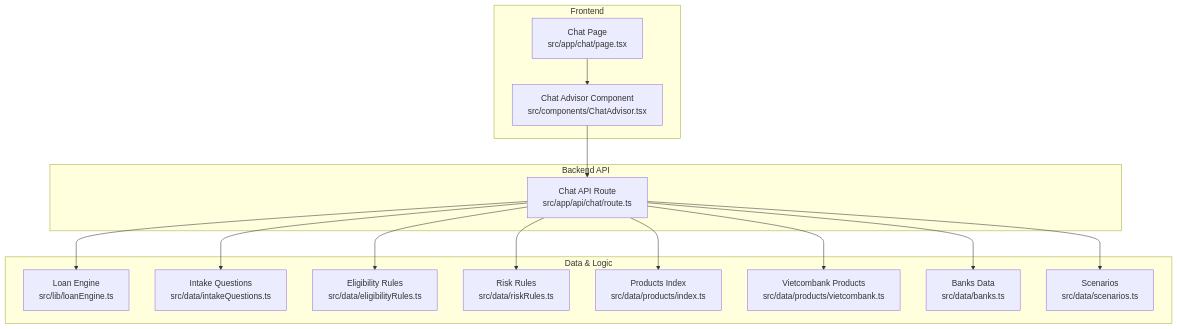
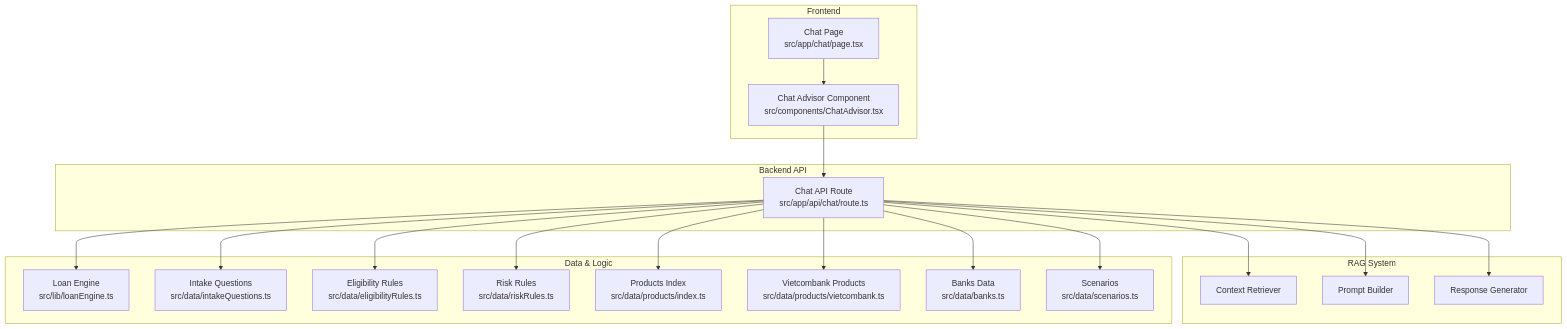
One commit to alibaba-hackathon-fsi/frontend-vaya changed the first of 6 diagrams in .qoder/repowiki/en/content/Chat Interface/Chat Interface.md. Above: the diagram before and after it, drawn with Mermaid. The commit also changed other lines of this file and 77 other files, not shown here.

````diff
--- a/.qoder/repowiki/en/content/Chat Interface/Chat Interface.md
+++ b/.qoder/repowiki/en/content/Chat Interface/Chat Interface.md
@@ -40,30 +52,38 @@
 ```mermaid
 graph TB
 subgraph "Frontend"
 ChatPage["Chat Page<br/>src/app/chat/page.tsx"]
 ChatAdvisor["Chat Advisor Component<br/>src/components/ChatAdvisor.tsx"]
 end
 subgraph "Backend API"
 ChatAPI["Chat API Route<br/>src/app/api/chat/route.ts"]
+end
+subgraph "RAG System"
+ContextRetriever["Context Retriever"]
+PromptBuilder["Prompt Builder"]
+ResponseGenerator["Response Generator"]
 end
 subgraph "Data & Logic"
 LoanEngine["Loan Engine<br/>src/lib/loanEngine.ts"]
 IntakeQ["Intake Questions<br/>src/data/intakeQuestions.ts"]
 Eligibility["Eligibility Rules<br/>src/data/eligibilityRules.ts"]
 RiskRules["Risk Rules<br/>src/data/riskRules.ts"]
 Products["Products Index<br/>src/data/products/index.ts"]
 Vietcombank["Vietcombank Products<br/>src/data/products/vietcombank.ts"]
 Banks["Banks Data<br/>src/data/banks.ts"]
 Scenarios["Scenarios<br/>src/data/scenarios.ts"]
 end
 ChatPage --> ChatAdvisor
 ChatAdvisor --> ChatAPI
+ChatAPI --> ContextRetriever
+ChatAPI --> PromptBuilder
+ChatAPI --> ResponseGenerator
 ChatAPI --> LoanEngine
 ChatAPI --> IntakeQ
 ChatAPI --> Eligibility
 ChatAPI --> RiskRules
 ChatAPI --> Products
 ChatAPI --> Vietcombank
 ChatAPI --> Banks
 ChatAPI --> Scenarios
 ```
````
